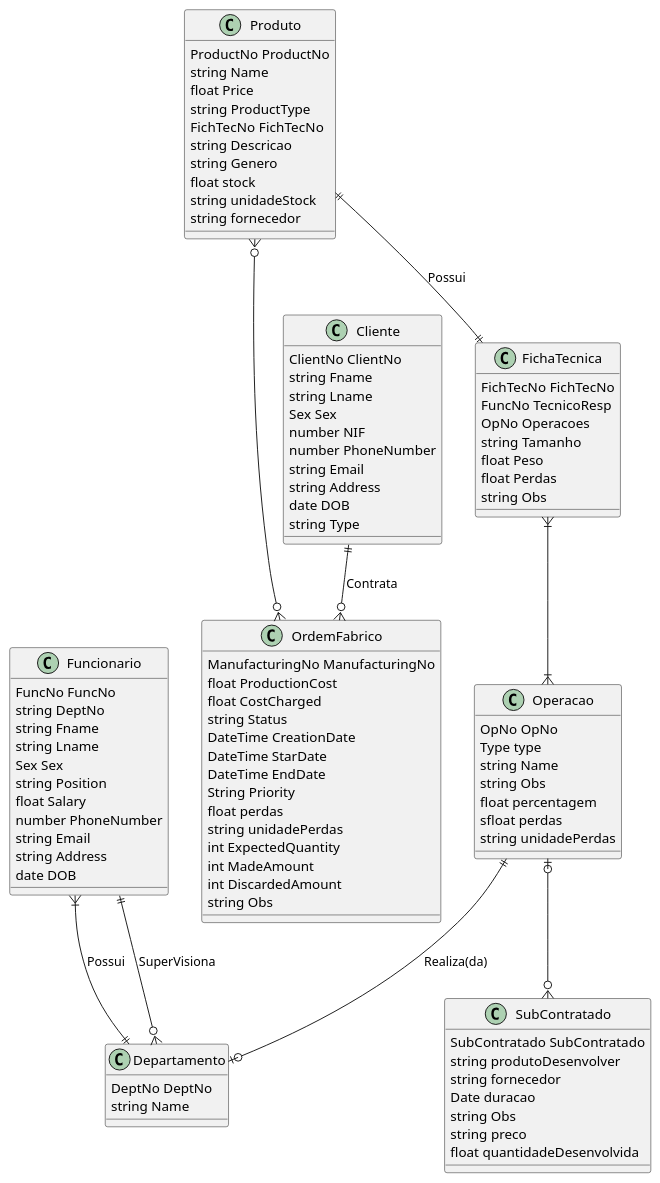
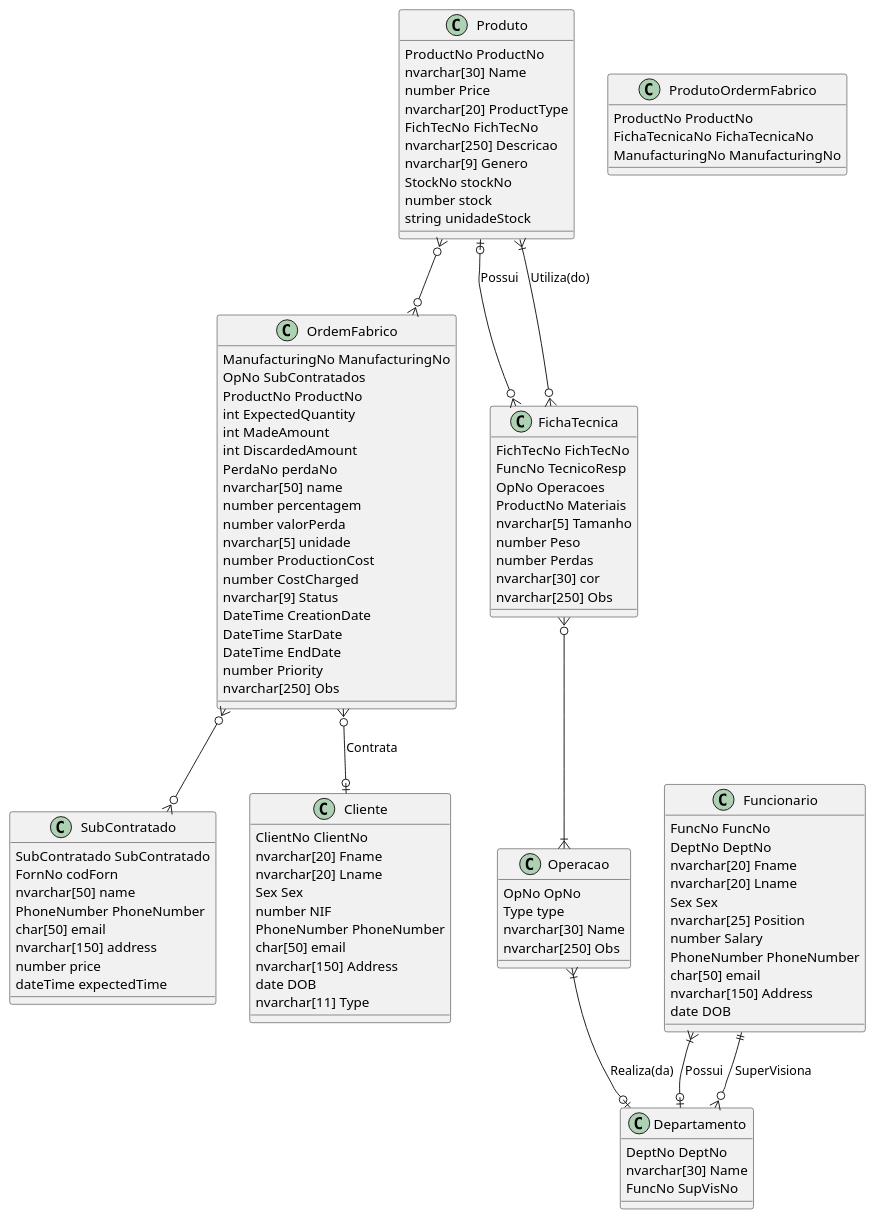
The diagram in TabelasAtributos/Atributos1_2.plantuml (Arturito2005/TrabalhoBD), drawn with PlantUML before and after one commit. The commit also changed 6 other files, not shown here.

```diff
--- a/TabelasAtributos/Atributos1_2.plantuml
+++ b/TabelasAtributos/Atributos1_2.plantuml
@@ -1,184 +1,197 @@
 @startuml tableBD
 
 /'
 Falta SubContratados, SubContratados
 '/
 
 
 /'
 Ainda é o concetual
 '/
 
 
 /'
 Agregações:
 Funcionario com Departamento
 Departamento com OperaçãoInterna
 FichaTecnica com Operacao
 
 Composições:
 Produto com Ordem de fabrico
 Cliente com Ordem de fabrico
 Produto com Ficha Tecnica
 OperacaoSubContratada com Operacao
 OperacaoInterna com Operacao
 '/
 
 /'
 Define os Produto a fabricar,
 Quantidades necessárias
 Prazos de conclusão
 
 int ExpectedQuantity
 int MadeAmount
 int DiscardedAmount (Este 3 atributos diz respeito a quantidade produzida por produto)
 
 '/
 class OrdemFabrico {
     ManufacturingNo ManufacturingNo
-    float ProductionCost
-    float CostCharged
-    string Status 
+    OpNo SubContratados
+    ProductNo ProductNo
+    int ExpectedQuantity
+    int MadeAmount
+    int DiscardedAmount
+    PerdaNo perdaNo 
+    nvarchar[50] name 
+    number percentagem 
+    number valorPerda
+    nvarchar[5] unidade
+    number ProductionCost
+    number CostCharged
+    nvarchar[9] Status 
     DateTime CreationDate
     DateTime StarDate
     DateTime EndDate
-    String Priority
-    float perdas 
-    string unidadePerdas
-    int ExpectedQuantity
-    int MadeAmount
-    int DiscardedAmount
-    string Obs
+    number Priority
+    nvarchar[250] Obs
 }   
 
 /'
 O stock é quantidade que tem de produto
 O fornecedor vai ter os campos da tabela e o produto 
 pode ter varios
 
 Talvez haja uma tabela materiais que liga juntamente
 ao produto há tabela operação
 '/
 class Produto {
     ProductNo ProductNo
-    string Name 
-    float Price 
-    string ProductType
+    nvarchar[30] Name 
+    number Price 
+    nvarchar[20] ProductType
     FichTecNo FichTecNo
-    string Descricao
-    string Genero
-    float stock 
+    nvarchar[250] Descricao
+    nvarchar[9] Genero
+    StockNo stockNo
+    number stock 
     string unidadeStock
-    string fornecedor 
+}
+
+class ProdutoOrdermFabrico {
+    ProductNo ProductNo 
+    FichaTecnicaNo FichaTecnicaNo
+    ManufacturingNo ManufacturingNo
 }
 
 /'
 Conjunto de operações necessarias para a produção
 de um produto
 '/
 class FichaTecnica {
     FichTecNo FichTecNo
     FuncNo TecnicoResp 
     OpNo Operacoes
-    string Tamanho
-    float Peso
-    float Perdas
-    string Obs
+    ProductNo Materiais
+    nvarchar[5] Tamanho
+    number Peso
+    number Perdas
+    nvarchar[30] cor
+    nvarchar[250] Obs
 }
 
 /'
 Parceiro externo que pode desenvolver uma operação
 Ver se apenas um subContratado pode fazer uma e so uma operação
 '/
 class Operacao {
     OpNo OpNo 
     Type type 
-    string Name 
-    string Obs
-    float percentagem
-    sfloat perdas 
-    string unidadePerdas
+    nvarchar[30] Name 
+    nvarchar[250] Obs
 }
 
 /'
-Se a fabrica embia materiais para eles, 
-deve ter um campo para isso.
+ExpectedTime, acho que é o unico que não é preciso
 '/
 class SubContratado {
     SubContratado SubContratado
-    string produtoDesenvolver
-    string fornecedor 
-    Date duracao
-    string Obs
-    string preco
-    float quantidadeDesenvolvida
+    FornNo codForn 
+    nvarchar[50] name
+    PhoneNumber PhoneNumber
+    char[50] email
+    nvarchar[150] address
+    number price 
+    dateTime expectedTime 
 }
 
 
 /'Extras se quissermos complicar'/
 
 /'Setor da fabrica responsável por uma determinada
 operacao'/
 class Departamento {
     DeptNo DeptNo 
-    string Name 
+    nvarchar[30] Name
+    FuncNo SupVisNo 
 }
 
 /'
 Funcionario da fabrica, que faz parte de um setor
 '/
 class Funcionario {
     FuncNo FuncNo
-    string DeptNo 
-    string Fname 
-    string Lname 
+    DeptNo DeptNo 
+    nvarchar[20] Fname
+    nvarchar[20] Lname
     Sex Sex
-    string Position
-    float Salary
-    number PhoneNumber 
-    string Email 
-    string Address
+    nvarchar[25] Position
+    number Salary
+    PhoneNumber PhoneNumber 
+    char[50] email
+    nvarchar[150] Address
     date DOB
 }
 
 class Cliente {
     ClientNo ClientNo
-    string Fname
-    string Lname
+    nvarchar[20] Fname
+    nvarchar[20] Lname
     Sex Sex
     number NIF 
-    number PhoneNumber 
-    string Email
-    string Address 
+    PhoneNumber PhoneNumber 
+    char[50] email
+    nvarchar[150] Address 
     date DOB 
-    string Type  
+    nvarchar[11] Type  
 }
 
 /'
 Relacionamento dos Funcionarios
 '/
-Funcionario }|--|| Departamento: Possui
+Funcionario }|--o| Departamento: Possui
 Funcionario ||--o{ Departamento: SuperVisiona 
 
 /'
 Relacionamento das Operacoes Interna
 '/
-Operacao ||--o| Departamento: Realiza(da)
-Operacao |o--o{ SubContratado
+Operacao }|--o| Departamento: Realiza(da)
+
 /'
 Relacionamento Ficha Tecnica
 '/
-FichaTecnica }|--|{ Operacao
+FichaTecnica }o--|{ Operacao
+FichaTecnica }o--|{ Produto: Utiliza(do)
 
 /'
 Relacionamentos do Produto
 '/
-Produto ||--|| FichaTecnica: Possui
-Produto }o---o{ OrdemFabrico
+Produto |o--o{ FichaTecnica: Possui
+Produto }o--o{ OrdemFabrico
 
 /'
 Relacionamento Ordem Fabrico
 '/
-Cliente ||--o{ OrdemFabrico: Contrata
+OrdemFabrico }o--o| Cliente: Contrata
+OrdemFabrico }o--o{ SubContratado
 
 @enduml
```
